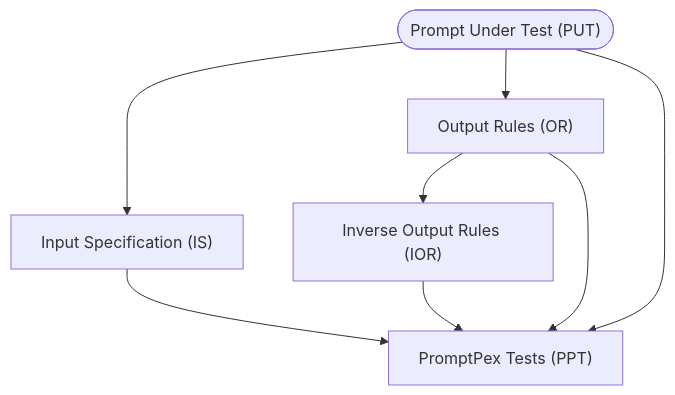
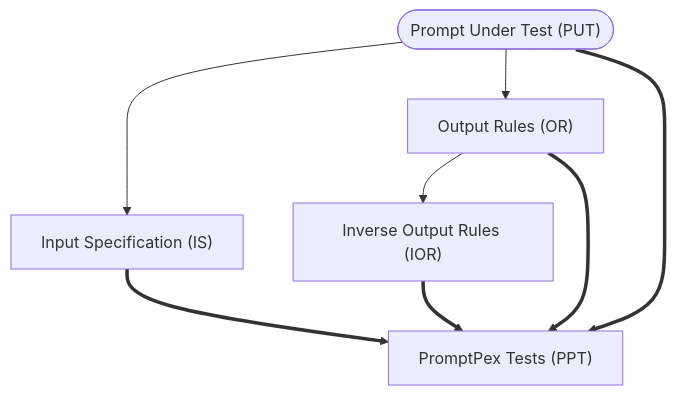
One commit to microsoft/promptpex changed the fifth of 5 diagrams in docs/src/content/docs/reference/example.md. Above: the diagram before and after it, drawn with Mermaid. The commit also changed other lines of this file and 8 other files, not shown here.

````diff
--- a/docs/src/content/docs/reference/example.md
+++ b/docs/src/content/docs/reference/example.md
@@ -83,16 +91,16 @@
 ```mermaid
 graph TD
     PUT(["Prompt Under Test (PUT)"])
     IS["Input Specification (IS)"]
     OR["Output Rules (OR)"]
     IOR["Inverse Output Rules (IOR)"]
     PPT["PromptPex Tests (PPT)"]
 
     PUT --> IS
     PUT --> OR
-    IS --> PPT
     OR --> IOR
-    OR --> PPT
-    PUT --> PPT
-    IOR --> PPT
+    IS ==> PPT
+    OR ==> PPT
+    PUT ==> PPT
+    IOR ==> PPT
 ```        
````
